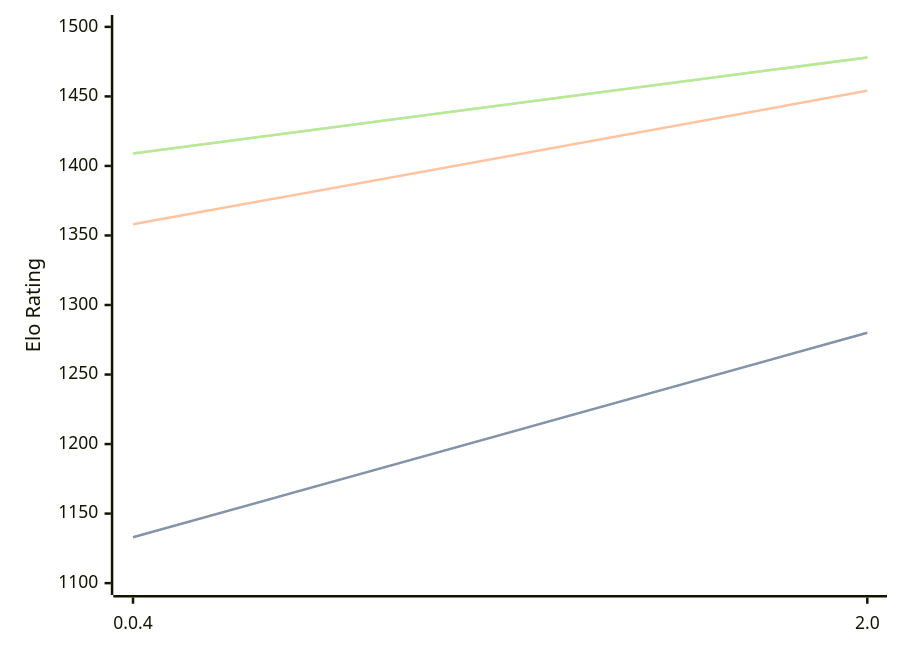
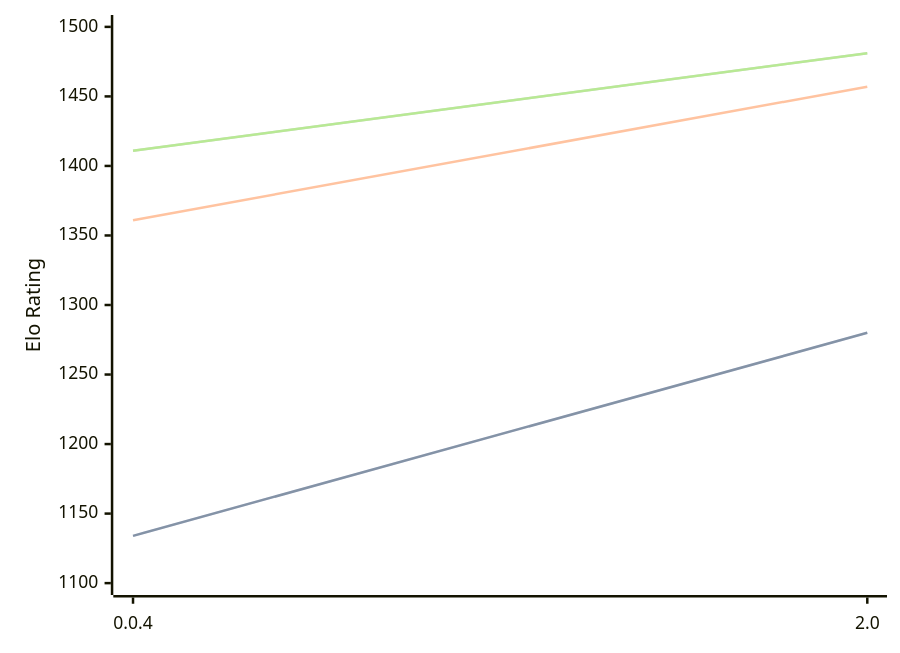
Before and after one commit to computer-chess-index/cci: the diagram in engines/Oops!Mate.md, drawn with Mermaid. The commit also changed other lines of this file, not shown here.

Commit message:
Update CCI Ratings (ELO VLTC) - 2026-08-22

````diff
--- a/engines/Oops!Mate.md
+++ b/engines/Oops!Mate.md
@@ -33,11 +33,11 @@
 ```mermaid
 %%{init: {"theme":"base","themeVariables":{"seriesColors:['#a3a3a3','#222221','#faa371']}}}%%
 xychart-beta
   x-axis ["0.0.4", "2.0"]
   y-axis "Elo Rating" 1100 --> 1500
-  line "STC (8.0+0.08s)" [1133, 1280]
-  line "STC (8.0+0.08s)" [1133, 1280]
-  line "LTC (60.0+0.60s)" [1358, 1454]
-  line "VLTC (2m24s+1.12s)" [1409, 1478]
-  line "VLTC (2m24s+1.12s)" [1409, 1478]
+  line "STC (8.0+0.08s)" [1134, 1280]
+  line "STC (8.0+0.08s)" [1134, 1280]
+  line "LTC (60.0+0.60s)" [1361, 1457]
+  line "VLTC (2m24s+1.12s)" [1411, 1481]
+  line "VLTC (2m24s+1.12s)" [1411, 1481]
 ```
````
